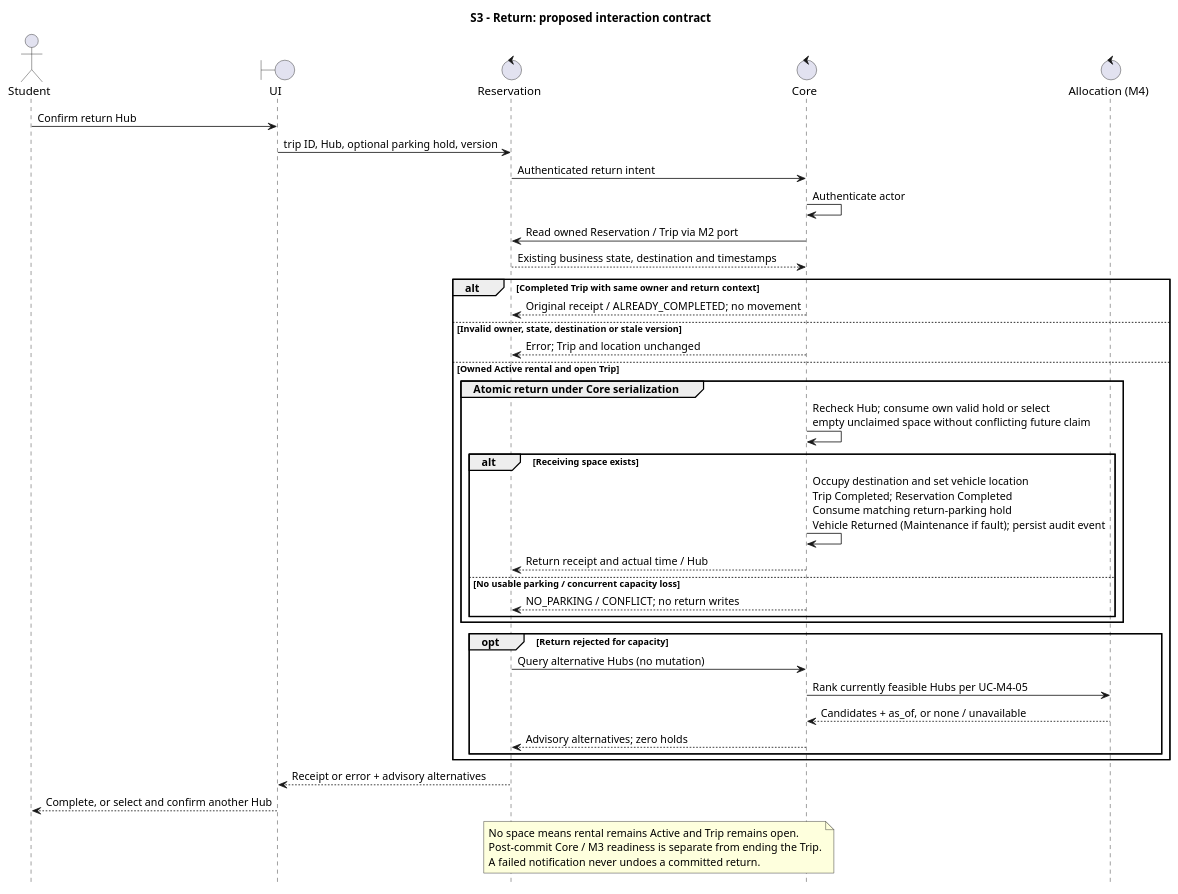
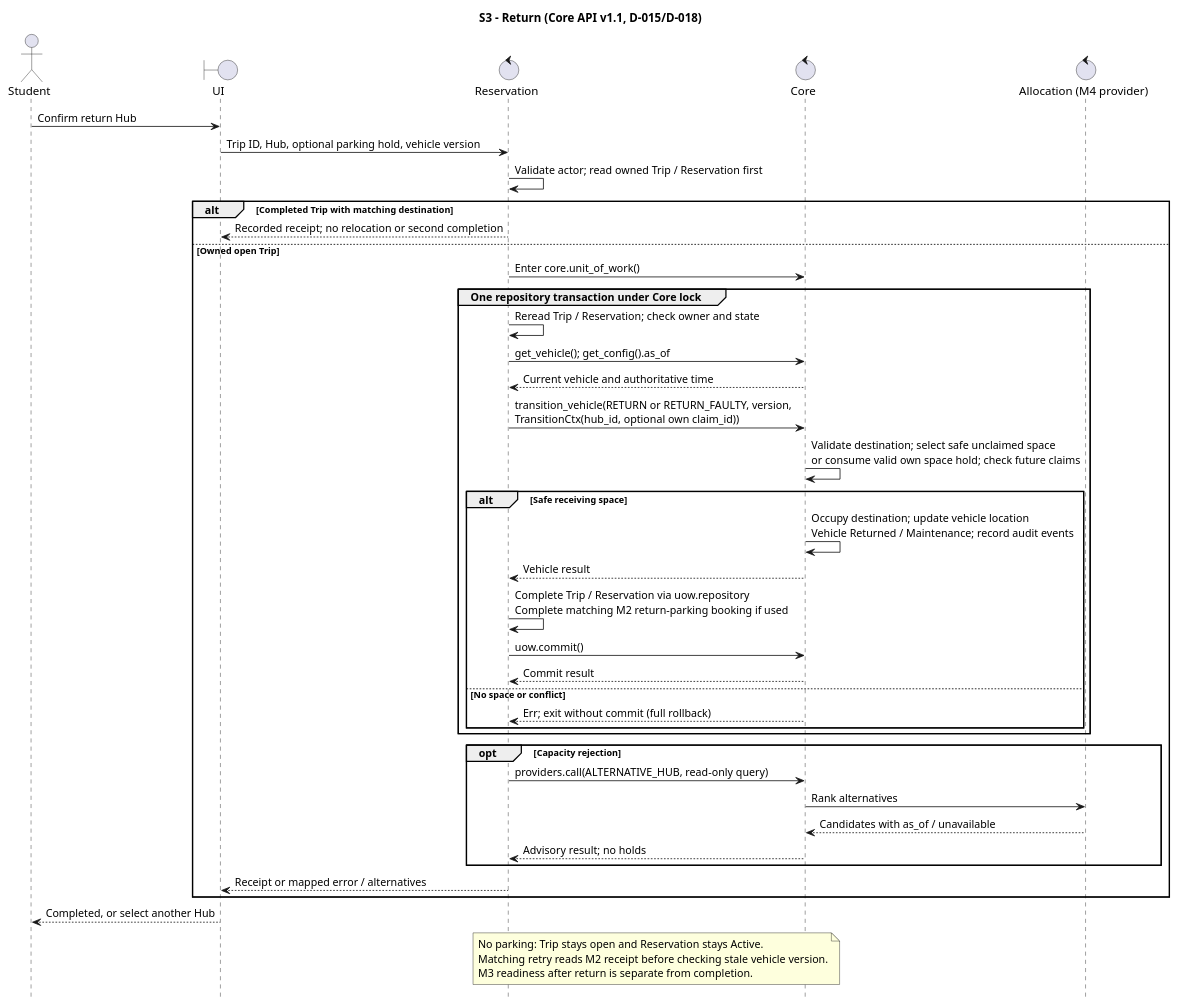
The diagram in docs/design/behavioral/reservation-diagrams/s3-return.puml (MabC06/smart-e-mobility-hub), drawn with PlantUML before and after one commit. The commit also changed 12 other files, not shown here.

Commit message:
docs(reservation): align design with released Core contracts (FR-03, FR-04)

```diff
--- a/docs/design/behavioral/reservation-diagrams/s3-return.puml
+++ b/docs/design/behavioral/reservation-diagrams/s3-return.puml
@@ -1,45 +1,48 @@
 @startuml
-title S3 - Return: proposed interaction contract
 skinparam shadowing false
 skinparam defaultFontName Arial
 hide footbox
 actor Student
 boundary UI
 control Reservation
 control Core
-control "Allocation (M4)" as Allocation
+title S3 - Return (Core API v1.1, D-015/D-018)
+control "Allocation (M4 provider)" as Allocation
 Student -> UI: Confirm return Hub
-UI -> Reservation: trip ID, Hub, optional parking hold, version
-Reservation -> Core: Authenticated return intent
-Core -> Core: Authenticate actor
-Core -> Reservation: Read owned Reservation / Trip via M2 port
-Reservation --> Core: Existing business state, destination and timestamps
-alt Completed Trip with same owner and return context
-  Core --> Reservation: Original receipt / ALREADY_COMPLETED; no movement
-else Invalid owner, state, destination or stale version
-  Core --> Reservation: Error; Trip and location unchanged
-else Owned Active rental and open Trip
-  group Atomic return under Core serialization
-    Core -> Core: Recheck Hub; consume own valid hold or select\nempty unclaimed space without conflicting future claim
-    alt Receiving space exists
-      Core -> Core: Occupy destination and set vehicle location\nTrip Completed; Reservation Completed\nConsume matching return-parking hold\nVehicle Returned (Maintenance if fault); persist audit event
-      Core --> Reservation: Return receipt and actual time / Hub
-    else No usable parking / concurrent capacity loss
-      Core --> Reservation: NO_PARKING / CONFLICT; no return writes
+UI -> Reservation: Trip ID, Hub, optional parking hold, vehicle version
+Reservation -> Reservation: Validate actor; read owned Trip / Reservation first
+alt Completed Trip with matching destination
+  Reservation --> UI: Recorded receipt; no relocation or second completion
+else Owned open Trip
+  Reservation -> Core: Enter core.unit_of_work()
+  group One repository transaction under Core lock
+    Reservation -> Reservation: Reread Trip / Reservation; check owner and state
+    Reservation -> Core: get_vehicle(); get_config().as_of
+    Core --> Reservation: Current vehicle and authoritative time
+    Reservation -> Core: transition_vehicle(RETURN or RETURN_FAULTY, version,\nTransitionCtx(hub_id, optional own claim_id))
+    Core -> Core: Validate destination; select safe unclaimed space\nor consume valid own space hold; check future claims
+    alt Safe receiving space
+      Core -> Core: Occupy destination; update vehicle location\nVehicle Returned / Maintenance; record audit events
+      Core --> Reservation: Vehicle result
+      Reservation -> Reservation: Complete Trip / Reservation via uow.repository\nComplete matching M2 return-parking booking if used
+      Reservation -> Core: uow.commit()
+      Core --> Reservation: Commit result
+    else No space or conflict
+      Core --> Reservation: Err; exit without commit (full rollback)
     end
   end
-  opt Return rejected for capacity
-    Reservation -> Core: Query alternative Hubs (no mutation)
-    Core -> Allocation: Rank currently feasible Hubs per UC-M4-05
-    Allocation --> Core: Candidates + as_of, or none / unavailable
-    Core --> Reservation: Advisory alternatives; zero holds
+  opt Capacity rejection
+    Reservation -> Core: providers.call(ALTERNATIVE_HUB, read-only query)
+    Core -> Allocation: Rank alternatives
+    Allocation --> Core: Candidates with as_of / unavailable
+    Core --> Reservation: Advisory result; no holds
   end
+  Reservation --> UI: Receipt or mapped error / alternatives
 end
-Reservation --> UI: Receipt or error + advisory alternatives
-UI --> Student: Complete, or select and confirm another Hub
+UI --> Student: Completed, or select another Hub
 note over Reservation,Core
-  No space means rental remains Active and Trip remains open.
-  Post-commit Core / M3 readiness is separate from ending the Trip.
-  A failed notification never undoes a committed return.
+  No parking: Trip stays open and Reservation stays Active.
+  Matching retry reads M2 receipt before checking stale vehicle version.
+  M3 readiness after return is separate from completion.
 end note
 @enduml
```
